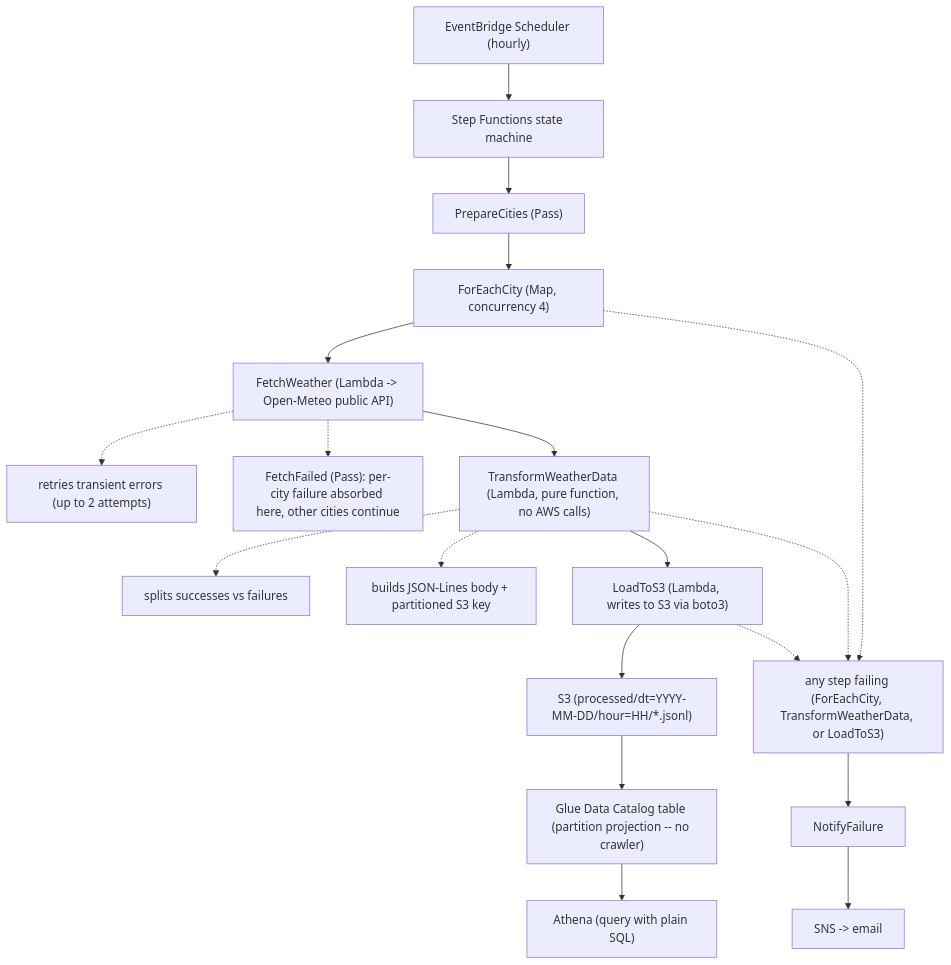
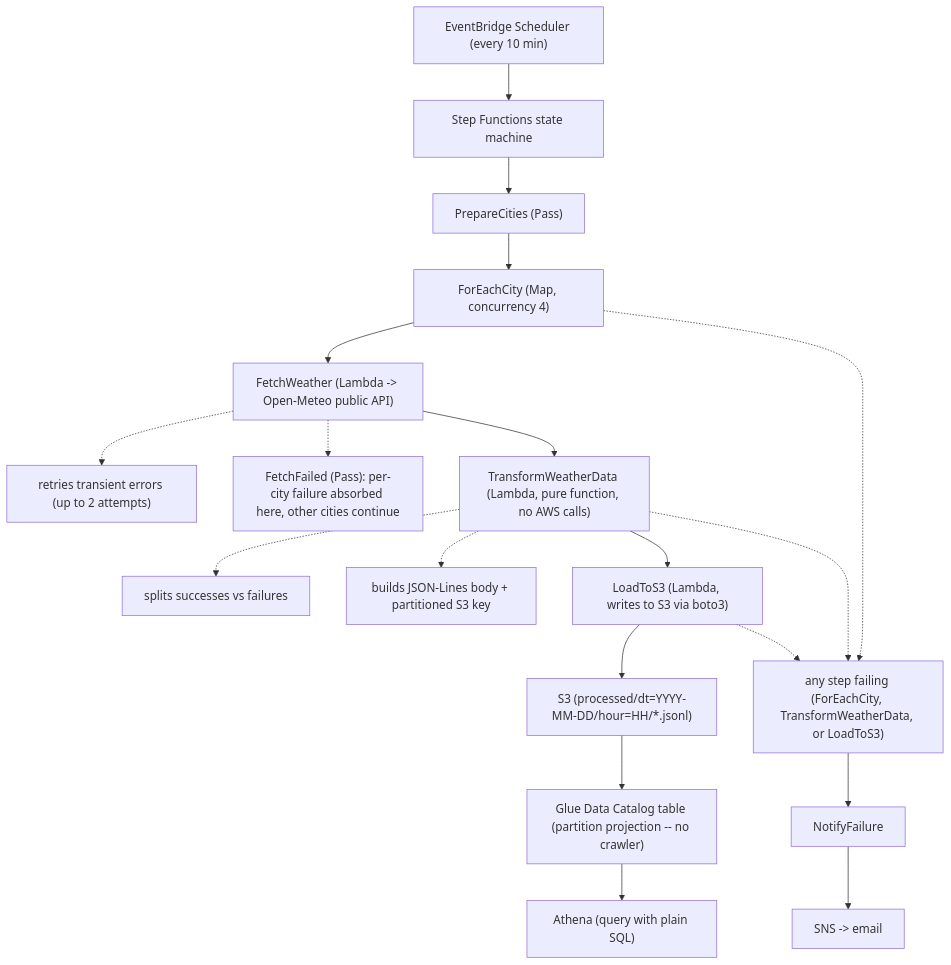
Before and after one commit to kasukur/serverless-weather-pipeline: the diagram in README.md, drawn with Mermaid. The commit also changed other lines of this file and 3 other files, not shown here.

````diff
--- a/README.md
+++ b/README.md
@@ -8,21 +8,21 @@
 ```mermaid
 flowchart TD
-    A["EventBridge Scheduler (hourly)"] --> B["Step Functions state machine"]
+    A["EventBridge Scheduler (every 10 min)"] --> B["Step Functions state machine"]
     B --> C["PrepareCities (Pass)"]
     C --> D["ForEachCity (Map, concurrency 4)"]
     D --> E["FetchWeather (Lambda -> Open-Meteo public API)"]
     E -.-> F["retries transient errors (up to 2 attempts)"]
     E -.-> G["FetchFailed (Pass): per-city failure absorbed here, other cities continue"]
     E --> H["TransformWeatherData (Lambda, pure function, no AWS calls)"]
     H -.-> I["splits successes vs failures"]
     H -.-> J["builds JSON-Lines body + partitioned S3 key"]
     H --> K["LoadToS3 (Lambda, writes to S3 via boto3)"]
     K --> L["S3 (processed/dt=YYYY-MM-DD/hour=HH/*.jsonl)"]
     L --> M["Glue Data Catalog table (partition projection -- no crawler)"]
     M --> N["Athena (query with plain SQL)"]
     D -.-> O["any step failing (ForEachCity, TransformWeatherData, or LoadToS3)"]
     H -.-> O
     K -.-> O
     O --> P["NotifyFailure"]
     P --> Q["SNS -> email"]
 ```
````
